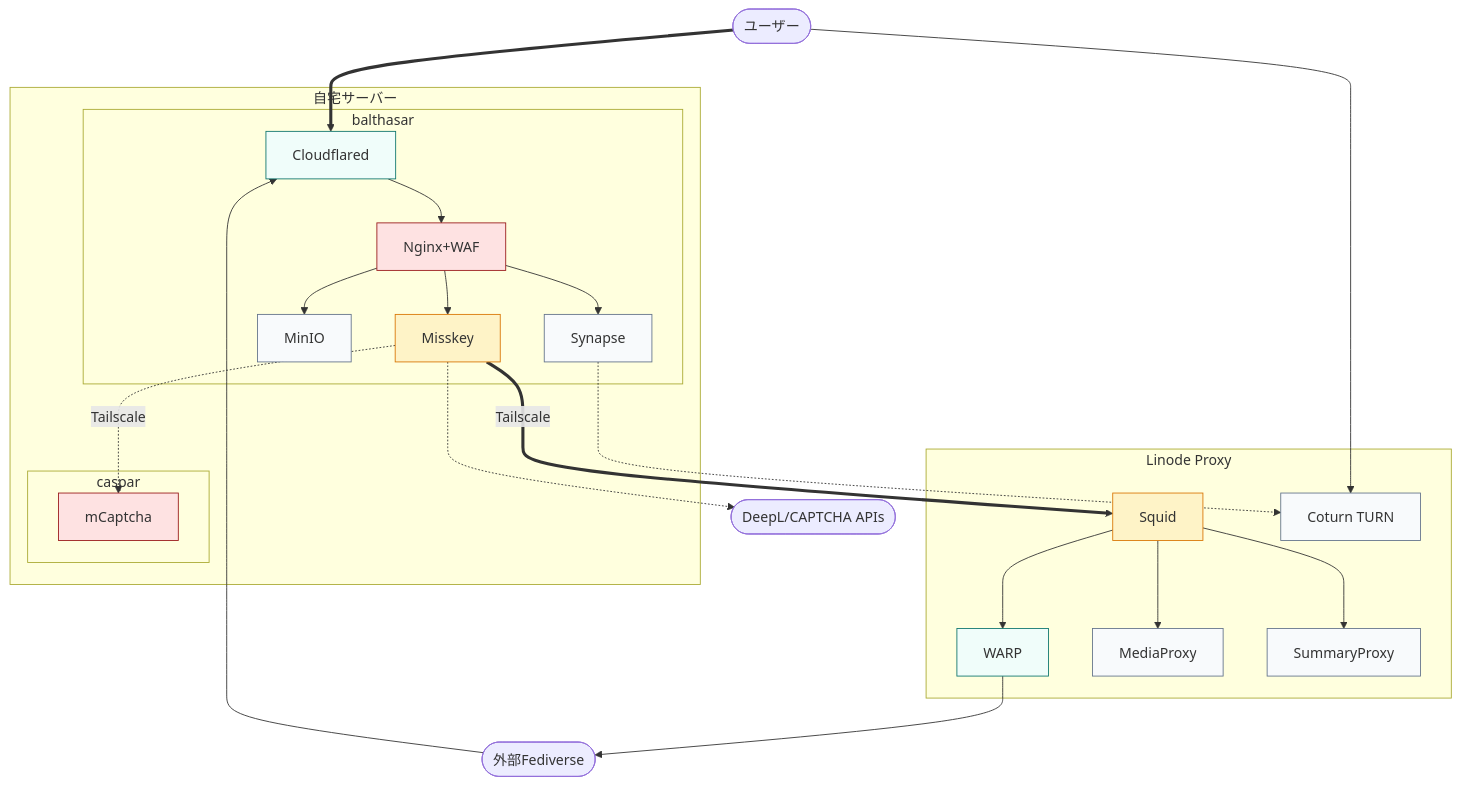
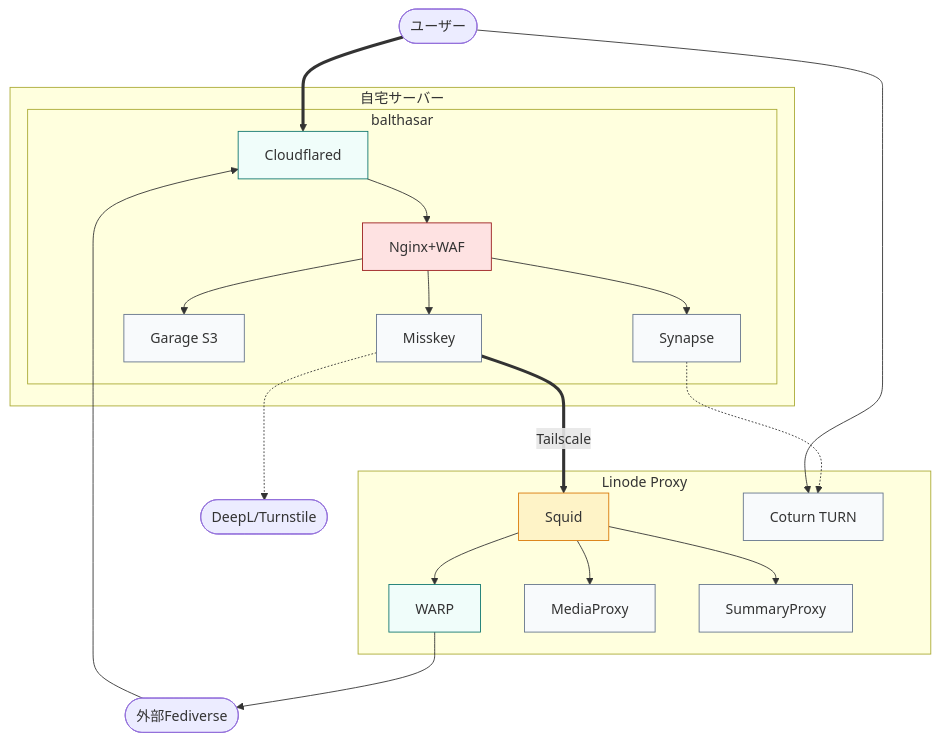
One commit to yamisskey-dev/yamisskey-host changed the fifth of 5 diagrams in README.md. Above: the diagram before and after it, drawn with Mermaid. The commit also changed other lines of this file, not shown here.

Commit message:
fix: remove mCaptcha and use Turnstile instead

````diff
--- a/README.md
+++ b/README.md
@@ -162,49 +161,44 @@
 ```mermaid
 graph TB
     classDef cf fill:#f0fdfa,stroke:#0f766e
     classDef ts fill:#fef3c7,stroke:#d97706
     classDef sec fill:#fee2e2,stroke:#991b1b
     classDef svc fill:#f8fafc,stroke:#64748b
 
     users([ユーザー])
     federation([外部Fediverse])
-    bypass([DeepL/CAPTCHA APIs])
+    bypass([DeepL/Turnstile])
 
     subgraph linode[Linode Proxy]
         squid[Squid]:::ts
         warp[WARP]:::cf
         mediaproxy[MediaProxy]:::svc
         summaryproxy[SummaryProxy]:::svc
         coturn[Coturn TURN]:::svc
     end
 
     subgraph home[自宅サーバー]
         subgraph balthasar[balthasar]
             cf_b[Cloudflared]:::cf
             nginx[Nginx+WAF]:::sec
-            misskey[Misskey]:::ts
-            minio[MinIO]:::svc
+            misskey[Misskey]:::svc
+            garage[Garage S3]:::svc
             synapse[Synapse]:::svc
-        end
-
-        subgraph caspar[caspar]
-            mcaptcha[mCaptcha]:::sec
         end
     end
 
     %% ユーザーアクセス
-    users ==> cf_b --> nginx --> misskey & minio & synapse
+    users ==> cf_b --> nginx --> misskey & garage & synapse
     federation --> cf_b
 
     %% 外部通信（Squid経由）
     misskey ==>|Tailscale| squid --> warp --> federation
     squid --> mediaproxy & summaryproxy
 
-    %% 認証・VoIP
-    misskey -.->|Tailscale| mcaptcha
+    %% VoIP
     synapse -.-> coturn
     users --> coturn
 
     %% バイパス
     misskey -.-> bypass
 ```
````
